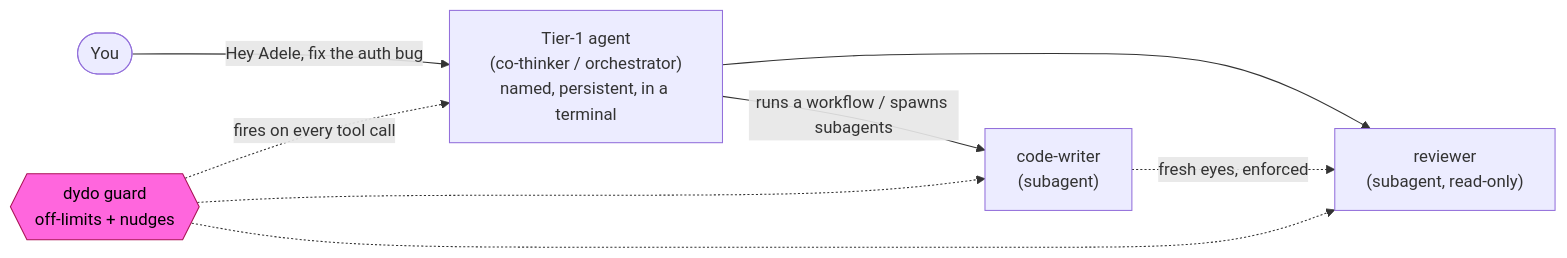
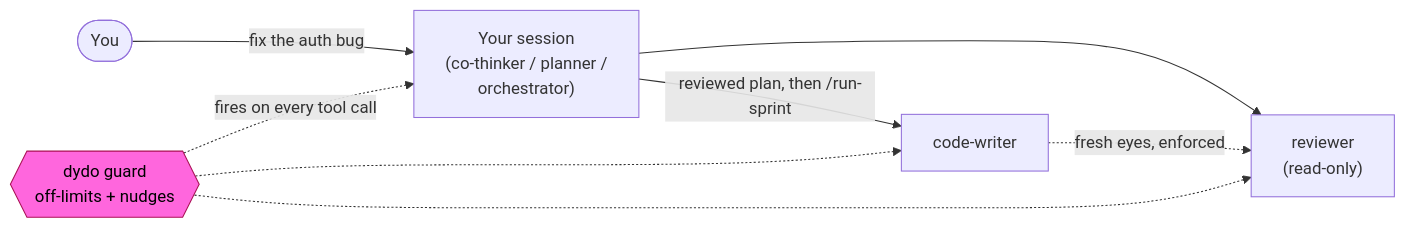
Before and after one commit to bodnarbalazs/dydo: the diagram in README.md, drawn with Mermaid. The commit also changed other lines of this file and 5 other files, not shown here.

````diff
--- a/README.md
+++ b/README.md
@@ -22,12 +33,12 @@
 ```mermaid
 flowchart LR
-    H([You]) -->|"Hey Adele, fix the auth bug"| T1["Tier-1 agent<br/>(co-thinker / orchestrator)<br/>named, persistent, in a terminal"]
-    T1 -->|runs a workflow / spawns subagents| W1["code-writer<br/>(subagent)"]
-    T1 --> W2["reviewer<br/>(subagent, read-only)"]
+    H([You]) -->|"fix the auth bug"| S["Your session<br/>(co-thinker / planner /<br/>orchestrator)"]
+    S -->|"reviewed plan, then /run-sprint"| W1["code-writer"]
+    S --> W2["reviewer<br/>(read-only)"]
     W1 -.->|fresh eyes, enforced| W2
     G{{"dydo guard<br/>off-limits + nudges"}}
-    G -.->|fires on every tool call| T1
+    G -.->|fires on every tool call| S
     G -.-> W1
     G -.-> W2
     style G fill:#f6d,stroke:#a15,color:#000
 ```
````
